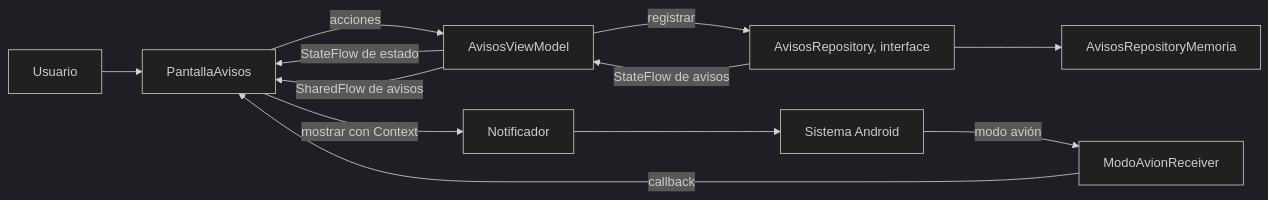
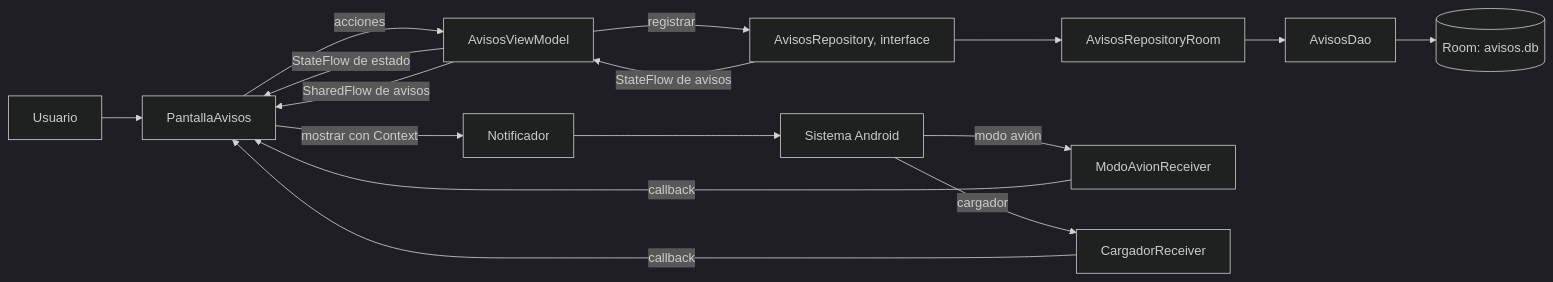
Before and after one commit to DavilaOGonzalo/MovilesAndroidC: the diagram in Semana15/AvisosCampus-ia/README.md, drawn with Mermaid (dark theme). The commit also changed other lines of this file and 11 other files, not shown here.

````diff
--- a/Semana15/AvisosCampus-ia/README.md
+++ b/Semana15/AvisosCampus-ia/README.md
@@ -26,14 +31,18 @@
 ```mermaid
 flowchart LR
     U[Usuario] --> V[PantallaAvisos]
     V -->|acciones| VM[AvisosViewModel]
     VM -->|registrar| R[AvisosRepository, interface]
-    R --> M[AvisosRepositoryMemoria]
+    R --> M[AvisosRepositoryRoom]
+    M --> D[AvisosDao]
+    D --> DB[(Room: avisos.db)]
     R -->|StateFlow de avisos| VM
     VM -->|StateFlow de estado| V
     VM -->|SharedFlow de avisos| V
     V -->|mostrar con Context| N[Notificador]
     N --> S[Sistema Android]
-    S -->|modo avión| B[ModoAvionReceiver]
-    B -->|callback| V
+    S -->|modo avión| A[ModoAvionReceiver]
+    S -->|cargador| C[CargadorReceiver]
+    A -->|callback| V
+    C -->|callback| V
 ```
````
